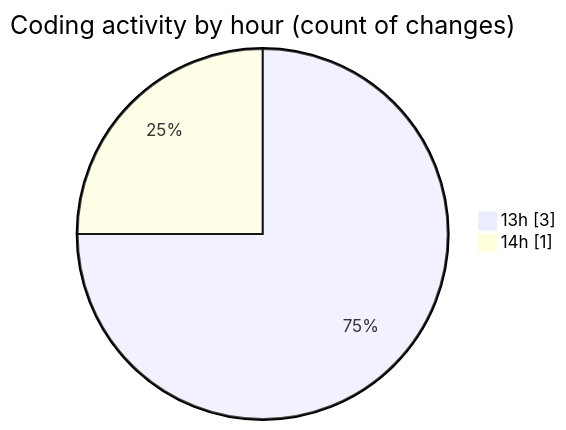
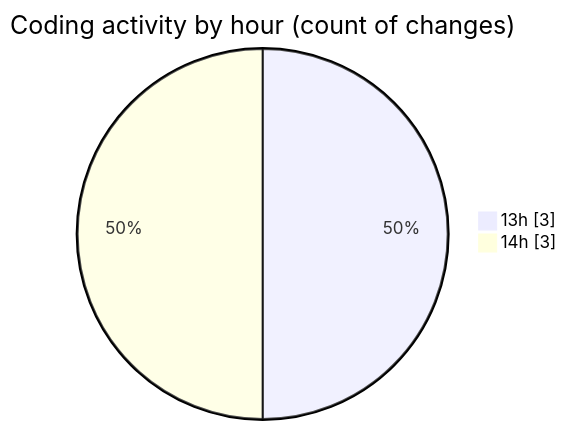
The second of 2 diagrams in 2025-02-04/recipe-page-main/README.md (NitaiMahat/code-tracking), drawn with Mermaid before and after one commit. The commit also changed other lines of this file and 1 other file, not shown here.

````diff
--- a/2025-02-04/recipe-page-main/README.md
+++ b/2025-02-04/recipe-page-main/README.md
@@ -30,6 +30,6 @@
 ```mermaid
 pie showData
 title Coding activity by hour (count of changes)
 "13h" : 3
-"14h" : 1
+"14h" : 3
 ```
````
